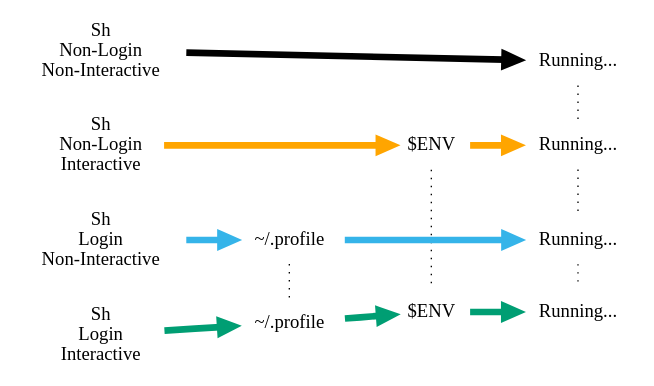
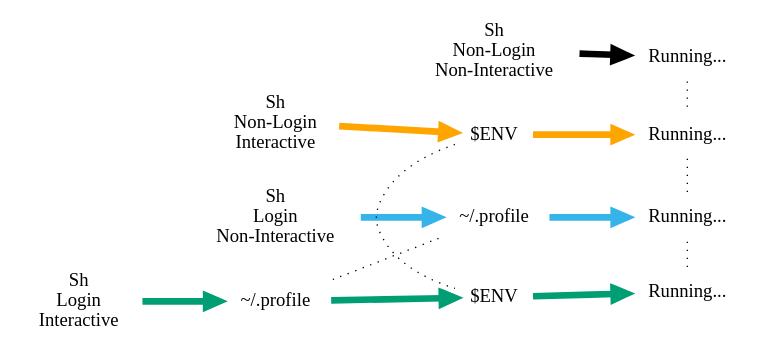
One commit to mikemol/mikemol.github.io changed the diagram in assets/sh-zsh-bash-refactor/nonsamerank/nonsamerank.dot. Above: the diagram before and after it, drawn with Graphviz.

Commit message:
nonsamerank changes

```diff
--- a/assets/sh-zsh-bash-refactor/nonsamerank/nonsamerank.dot
+++ b/assets/sh-zsh-bash-refactor/nonsamerank/nonsamerank.dot
@@ -1,47 +1,44 @@
 digraph {
     node [label="\N" shape=none]
     edge [style=dotted constraint=false dir=none]
     rankdir=LR
     {
-        rank=same
         sh_nn [label="Sh\nNon-Login\nNon-Interactive"]
         sh_ni [label="Sh\nNon-Login\nInteractive"]
         sh_ln [label="Sh\nLogin\nNon-Interactive"]
         sh_li [label="Sh\nLogin\nInteractive"]
     }
     {
         rank=same
         edge [constraint=true]
         node [label="Running..."]
         sh_nn_running ->
         sh_ni_running ->
         sh_ln_running ->
         sh_li_running
     }
     {
-        rank=same
         node [label="$ENV"]
         sh_ni_env ->
         sh_li_env
     }
     {
-        rank=same
         node [label="~/.profile"]
         sh_ln_home_profile ->
         sh_li_home_profile
     }
 
     edge [penwidth=5 constraint=true style=solid dir=forward]
 
     edge [color="black"]
     sh_nn -> sh_nn_running
 
     edge [color="orange"]
     sh_ni -> sh_ni_env -> sh_ni_running
     
     edge [color="#35b4e9"]
     sh_ln -> sh_ln_home_profile -> sh_ln_running
 
     edge [color="#009e73"]
     sh_li -> sh_li_home_profile -> sh_li_env -> sh_li_running
 }
```
